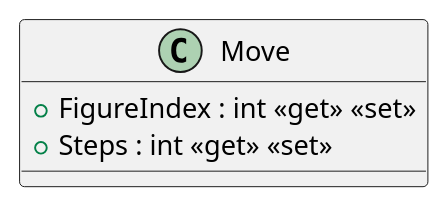
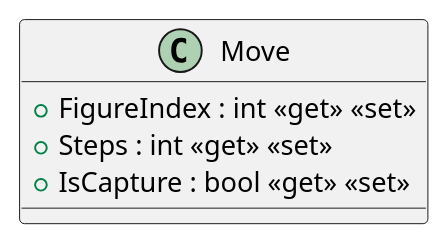
One commit to denmasch/Mensch-aergere-dich-nicht changed the diagram in Uml/MadnShared/GameAssets/Move.puml. Above: the diagram before and after it, drawn with PlantUML. The commit also changed 19 other files, not shown here.

Commit message:
refresh uml diagrams

```diff
--- a/Uml/MadnShared/GameAssets/Move.puml
+++ b/Uml/MadnShared/GameAssets/Move.puml
@@ -1,6 +1,7 @@
 @startuml
 class Move {
     + FigureIndex : int <<get>> <<set>>
     + Steps : int <<get>> <<set>>
+    + IsCapture : bool <<get>> <<set>>
 }
 @enduml
```
